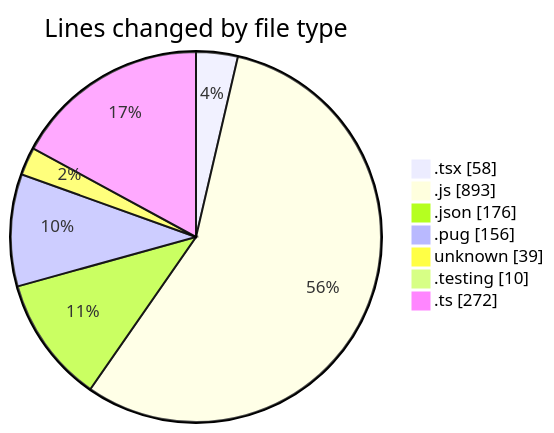
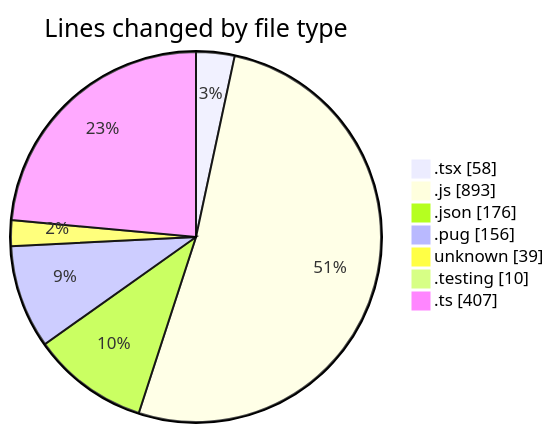
Before and after one commit to momahboobian/code-tracking: the first of 2 diagrams in 2025-03-07/cda/README.md, drawn with Mermaid. The commit also changed other lines of this file and 1 other file, not shown here.

````diff
--- a/2025-03-07/cda/README.md
+++ b/2025-03-07/cda/README.md
@@ -32,11 +33,11 @@
 ```mermaid
 pie showData
 title Lines changed by file type
 ".tsx" : 58
 ".js" : 893
 ".json" : 176
 ".pug" : 156
 "unknown" : 39
 ".testing" : 10
-".ts" : 272
+".ts" : 407
 ```
````
